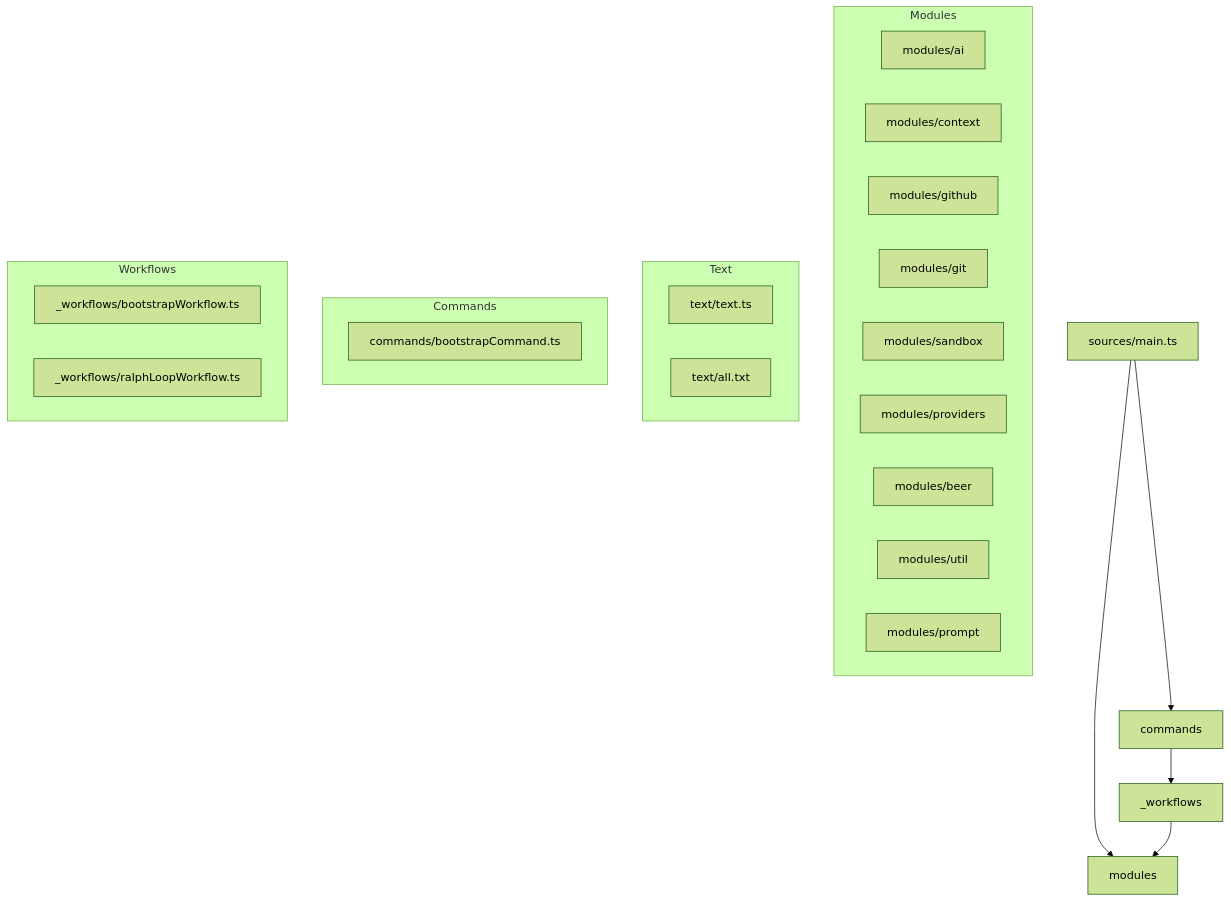
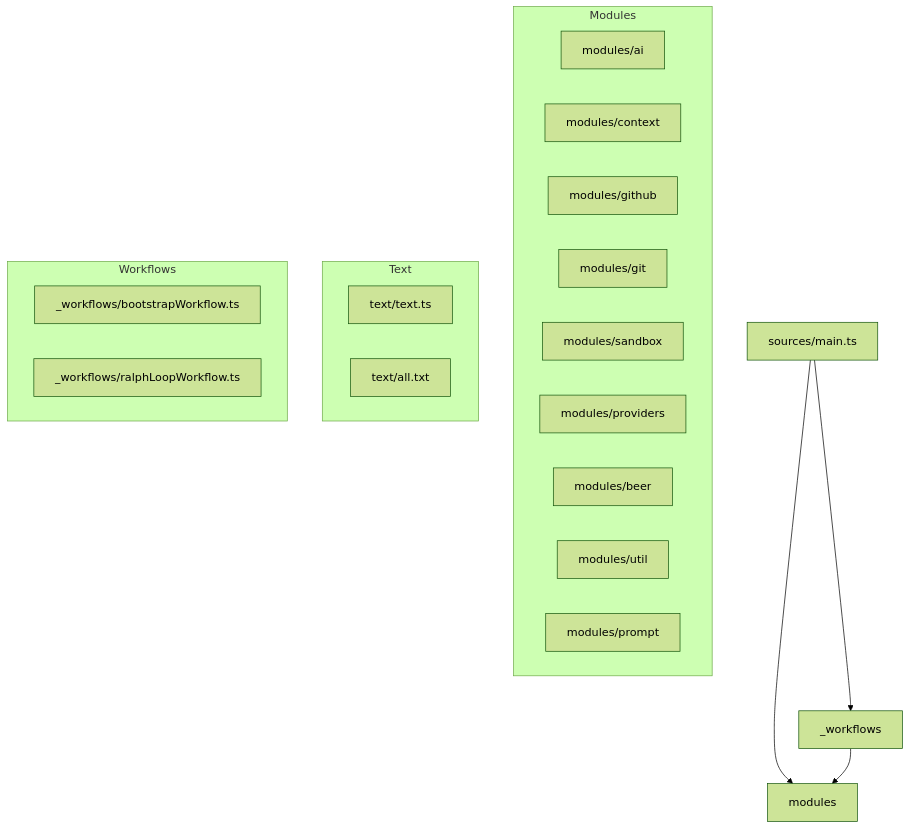
One commit to ex3ndr/holdmybeer changed the diagram in doc/modules-apps-separation.md. Above: the diagram before and after it, drawn with Mermaid (forest theme). The commit also changed other lines of this file and 12 other files, not shown here.

````diff
--- a/doc/modules-apps-separation.md
+++ b/doc/modules-apps-separation.md
@@ -7,33 +7,28 @@
 ```mermaid
 flowchart TD
   A[sources/main.ts] --> B[modules]
-  A --> D[commands]
-  D --> C[_workflows]
+  A --> C[_workflows]
   C --> B
 
   subgraph Modules
     M1[modules/ai]
     M2[modules/context]
     M3[modules/github]
     M4[modules/git]
     M5[modules/sandbox]
     M6[modules/providers]
     M7[modules/beer]
     M8[modules/util]
     M9[modules/prompt]
   end
 
   subgraph Text
     T1[text/text.ts]
     T2[text/all.txt]
   end
 
-  subgraph Commands
-    C1[commands/bootstrapCommand.ts]
-  end
-
   subgraph Workflows
     A1[_workflows/bootstrapWorkflow.ts]
     A2[_workflows/ralphLoopWorkflow.ts]
   end
 ```
````
